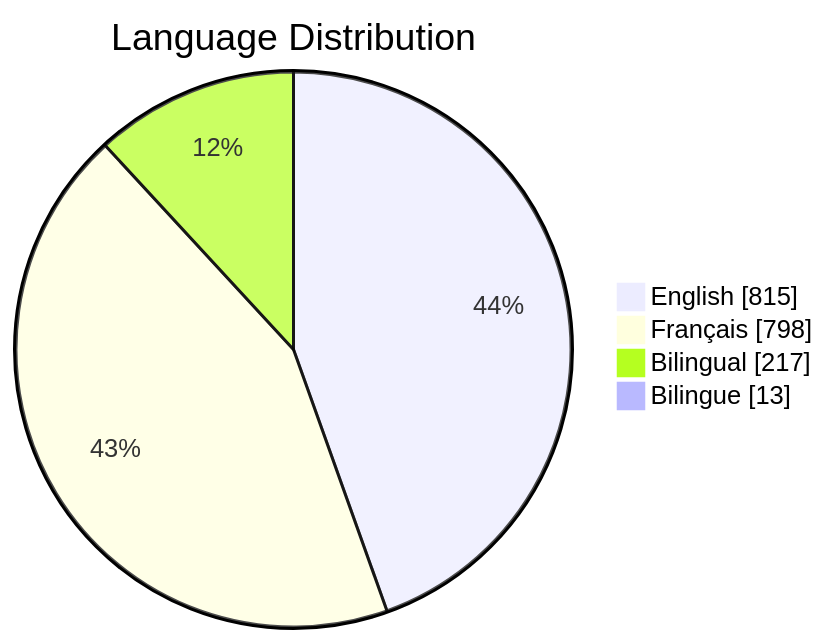
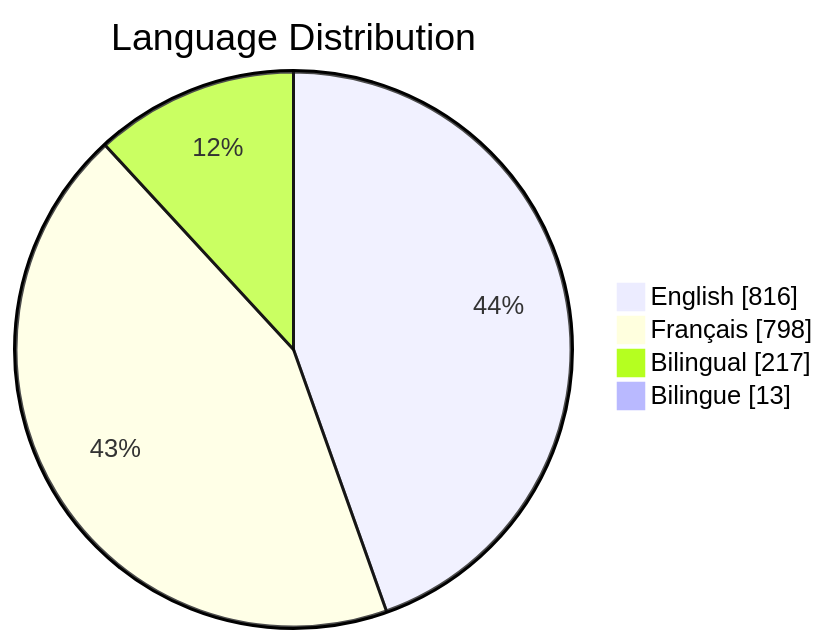
The third of 6 diagrams in README.md (PatLittle/GC-Socials), drawn with Mermaid before and after one commit. The commit also changed other lines of this file, not shown here.

Commit message:
Update README with Platform Distribution pie chart

````diff
--- a/README.md
+++ b/README.md
@@ -65,7 +65,7 @@
 ```mermaid
 pie showData title Language Distribution
-    "English": 815
+    "English": 816
     "Français": 798
     "Bilingual": 217
     "Bilingue": 13
 ```
````
